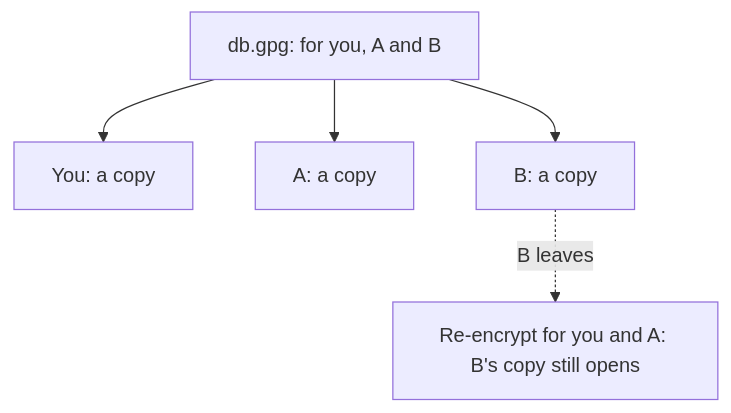
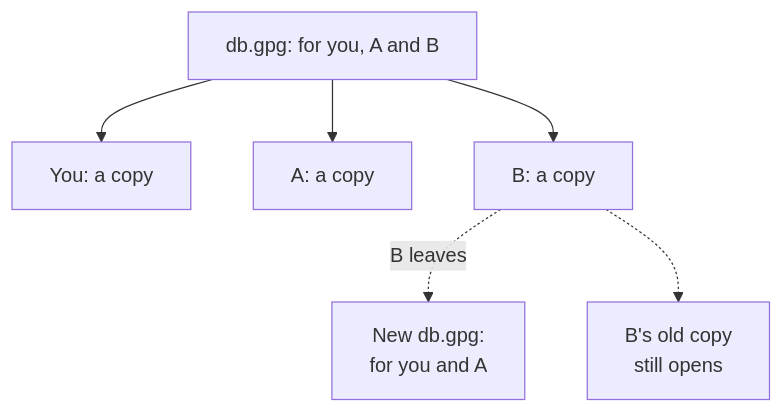
The second of 22 diagrams in workshops/vault-fundamentals/content/slides/presentation.md (fiddler110/GitOps_Dojo), drawn with Mermaid before and after one commit. The commit also changed other lines of this file and 7 other files, not shown here.

```diff
--- a/workshops/vault-fundamentals/content/slides/presentation.md
+++ b/workshops/vault-fundamentals/content/slides/presentation.md
@@ -220,7 +219,8 @@
 <div class="mermaid">
 flowchart TB
   f["db.gpg: for you, A and B"] --> y["You: a copy"]
   f --> a["A: a copy"]
   f --> b["B: a copy"]
-  b -.->|"B leaves"| r["Re-encrypt for you and A: B's copy still opens"]
+  b -.->|"B leaves"| r["New db.gpg:<br/>for you and A"]
+  b -.-> o["B's old copy<br/>still opens"]
 </div>
```
